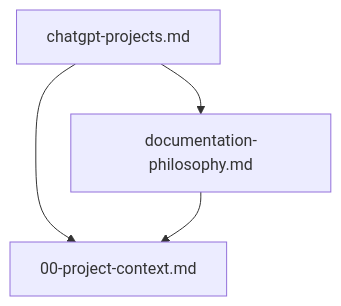
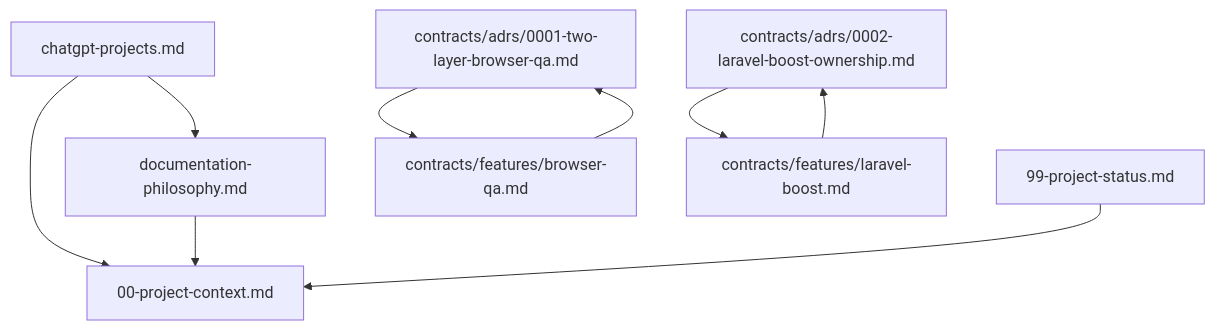
The diagram in docs/README.md (ConlinJoe/ai-platform), drawn with Mermaid before and after one commit. The commit also changed other lines of this file and 27 other files, not shown here.

First line of the commit message:
Promote two-layer browser QA and diagnose Laravel Boost natively.

````diff
--- a/docs/README.md
+++ b/docs/README.md
@@ -22,10 +27,20 @@
 ```mermaid
 flowchart TD
   context[00-project-context.md]
+  status[99-project-status.md]
   philosophy[documentation-philosophy.md]
   chatgpt[chatgpt-projects.md]
+  browserAdr[contracts/adrs/0001-two-layer-browser-qa.md]
+  boostAdr[contracts/adrs/0002-laravel-boost-ownership.md]
+  browserQa[contracts/features/browser-qa.md]
+  boost[contracts/features/laravel-boost.md]
 
   chatgpt --> philosophy
   chatgpt --> context
   philosophy --> context
+  status --> context
+  browserAdr --> browserQa
+  boostAdr --> boost
+  browserQa --> browserAdr
+  boost --> boostAdr
 ```
````
